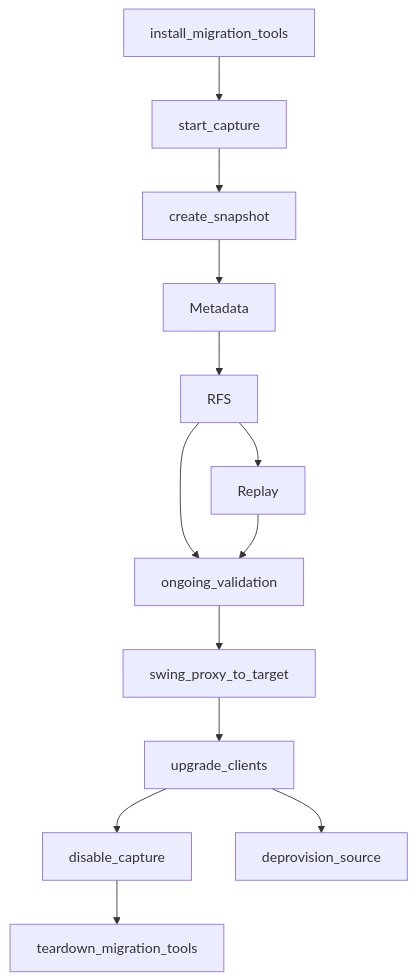
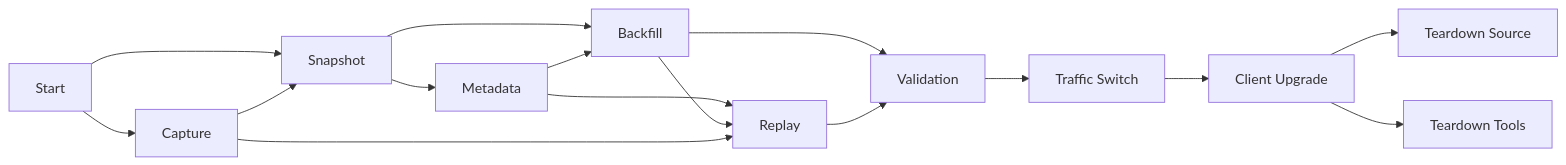
The first of 4 diagrams in docs/MigrationAsAWorkflow.md (opensearch-project/opensearch-migrations), drawn with Mermaid before and after one commit. The commit also changed other lines of this file, not shown here.

````diff
--- a/docs/MigrationAsAWorkflow.md
+++ b/docs/MigrationAsAWorkflow.md
@@ -25,7 +54,15 @@
 ```mermaid
-flowchart
-    install_migration_tools --> start_capture --> create_snapshot --> metadata_index[Metadata] --> rfs[RFS] --> replay[Replay]
-    rfs --> ongoing_validation --> swing_proxy_to_target --> upgrade_clients --> disable_capture --> teardown_migration_tools
-    upgrade_clients --> deprovision_source
+flowchart LR
+    Start --> start_capture
+    Start --> create_snapshot
+    start_capture[Capture] --> create_snapshot[Snapshot] --> metadata_index
+    create_snapshot --> Backfill
+    metadata_index[Metadata] --> Backfill
+    metadata_index --> replay
+    Backfill --> replay[Replay]
+    Backfill --> ongoing_validation[Validation] --> swing_proxy_to_target[Traffic Switch] --> upgrade_clients[Client Upgrade]
+    start_capture --> replay
+    upgrade_clients --> teardown_source[Teardown Source]
+    upgrade_clients --> teardown_migration_tools[Teardown Tools]
     replay --> ongoing_validation
 ```
````
